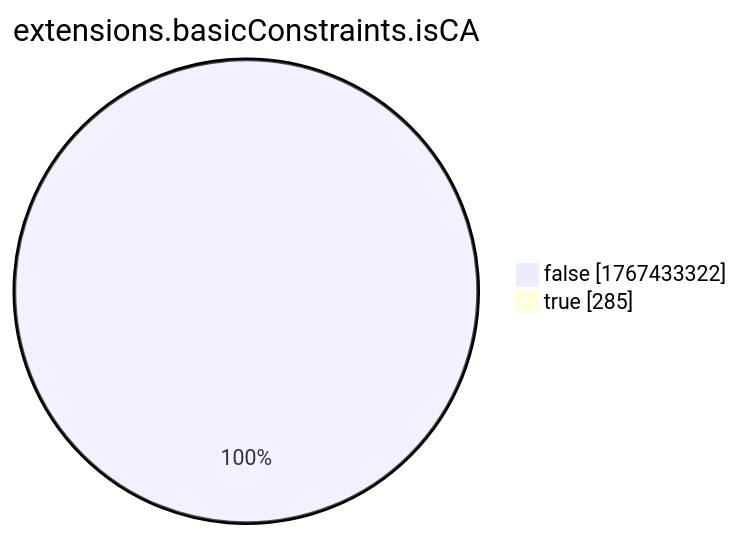
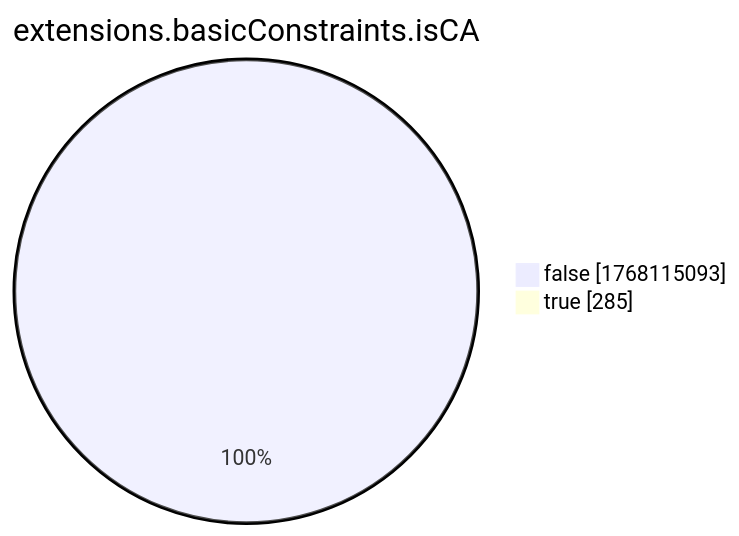
Before and after one commit to christiankrug/ctmonitor_visualization: the eighth of 15 diagrams in xenon2022/README.md, drawn with Mermaid. The commit also changed other lines of this file, not shown here.

````diff
--- a/xenon2022/README.md
+++ b/xenon2022/README.md
@@ -2868,6 +2868,6 @@
 ```mermaid
 pie showData
 title extensions.basicConstraints.isCA
-"false" :1767433322
+"false" :1768115093
 "true" :285
 ```
````
